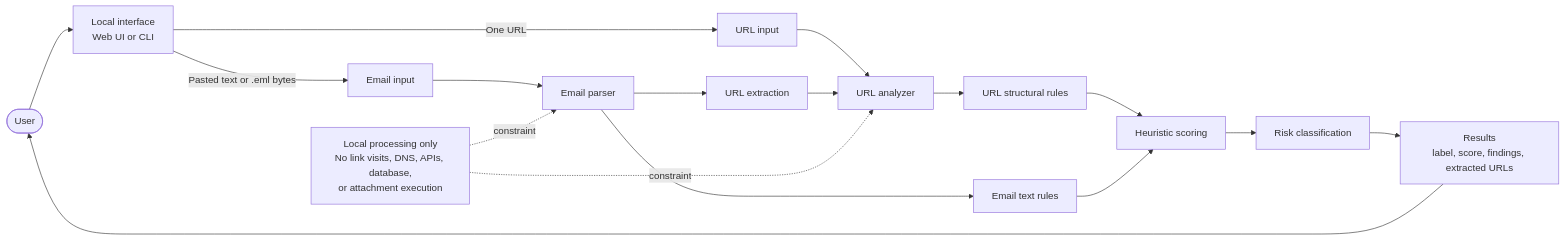
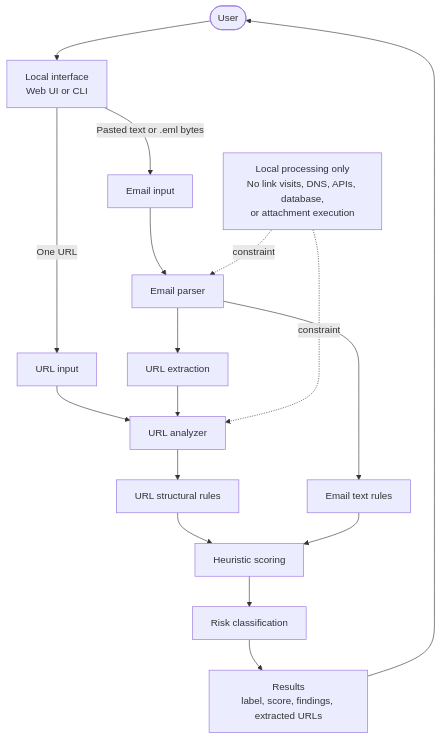
The second of 10 diagrams in docs/SYSTEM_ARCHITECTURE.md (Tyreezebreezy/capstone-phishing-detector), drawn with Mermaid before and after one commit. The commit also changed other lines of this file and 29 other files, not shown here.

Commit message:
Polish project documentation and correct implementation diagrams

````diff
--- a/docs/SYSTEM_ARCHITECTURE.md
+++ b/docs/SYSTEM_ARCHITECTURE.md
@@ -26,20 +26,23 @@
 ```mermaid
-flowchart LR
+flowchart TD
     User([User]) --> UI["Local interface<br/>Web UI or CLI"]
     UI -->|One URL| URLInput[URL input]
     UI -->|Pasted text or .eml bytes| EmailInput[Email input]
+
     URLInput --> URLAnalyzer[URL analyzer]
     EmailInput --> EmailParser[Email parser]
     EmailParser --> TextRules[Email text rules]
     EmailParser --> URLExtract[URL extraction]
     URLExtract --> URLAnalyzer
+
     URLAnalyzer --> URLRules[URL structural rules]
     URLRules --> Score[Heuristic scoring]
     TextRules --> Score
     Score --> Classify[Risk classification]
     Classify --> Results["Results<br/>label, score, findings, extracted URLs"]
     Results --> User
+
     note["Local processing only<br/>No link visits, DNS, APIs, database,<br/>or attachment execution"]
     note -. constraint .-> URLAnalyzer
     note -. constraint .-> EmailParser
 ```
````
